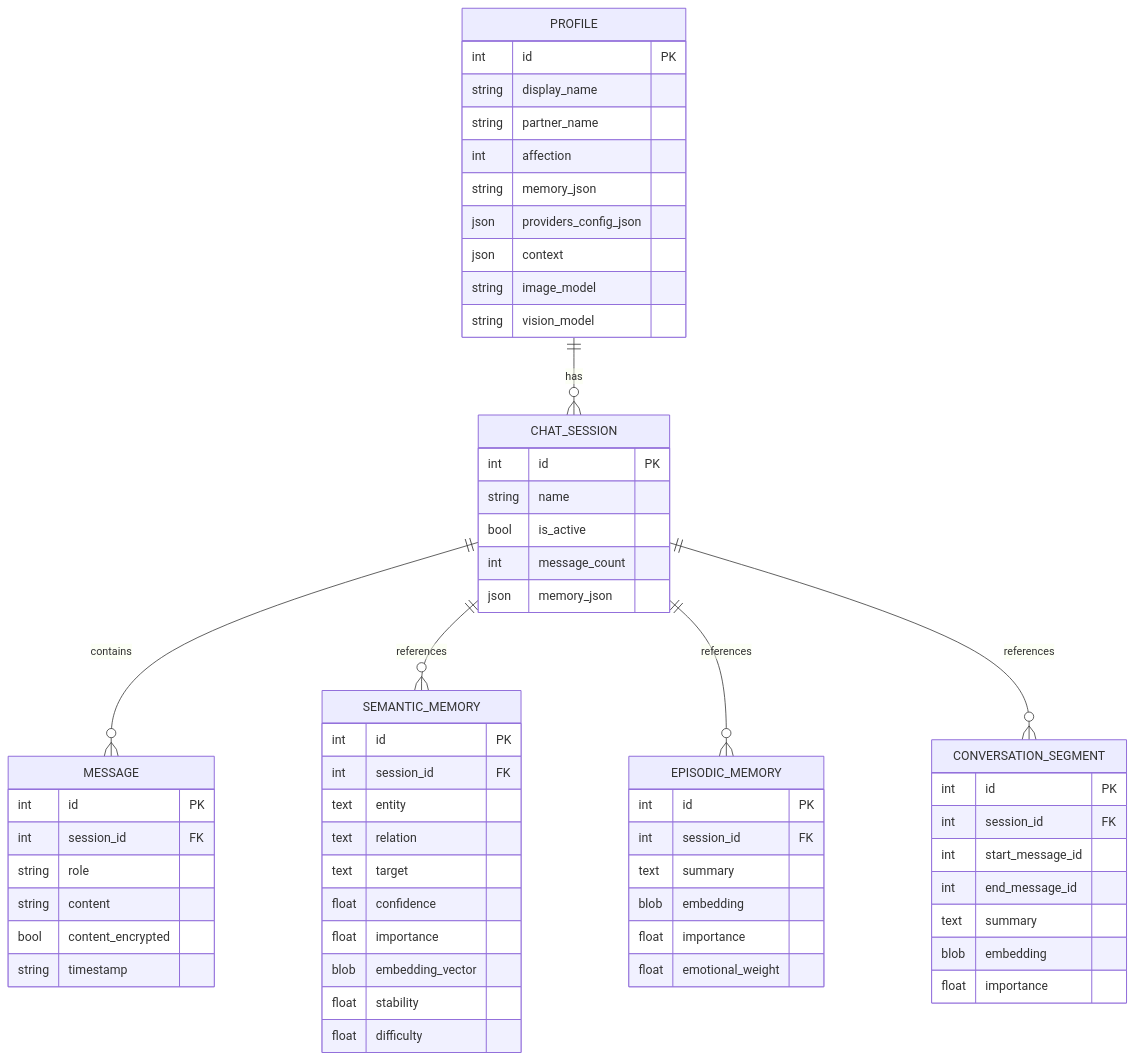
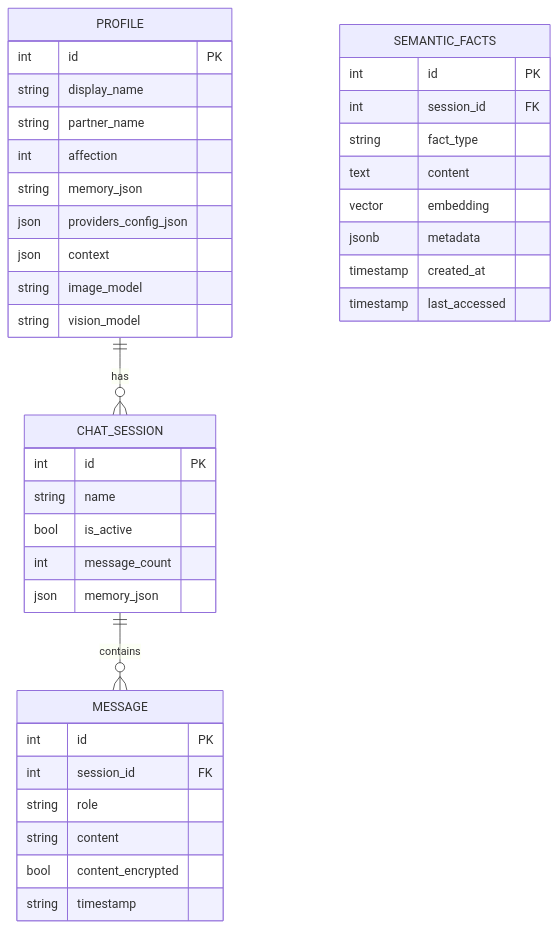
The fourth of 9 diagrams in app/README.md (icedeyes12/yuzu-core), drawn with Mermaid before and after one commit. The commit also changed other lines of this file and 24 other files, not shown here.

````diff
--- a/app/README.md
+++ b/app/README.md
@@ -161,69 +161,45 @@
 ```mermaid
 erDiagram
     PROFILE ||--o{ CHAT_SESSION : has
     CHAT_SESSION ||--o{ MESSAGE : contains
-    CHAT_SESSION ||--o{ SEMANTIC_MEMORY : references
-    CHAT_SESSION ||--o{ EPISODIC_MEMORY : references
-    CHAT_SESSION ||--o{ CONVERSATION_SEGMENT : references
     
     PROFILE {
         int id PK
         string display_name
         string partner_name
         int affection
         string memory_json
         json providers_config_json
         json context
         string image_model
         string vision_model
     }
     
     CHAT_SESSION {
         int id PK
         string name
         bool is_active
         int message_count
         json memory_json
     }
     
     MESSAGE {
         int id PK
         int session_id FK
         string role
         string content
         bool content_encrypted
         string timestamp
     }
     
-    SEMANTIC_MEMORY {
+    SEMANTIC_FACTS {
         int id PK
         int session_id FK
-        text entity
-        text relation
-        text target
-        float confidence
-        float importance
-        blob embedding_vector
-        float stability
-        float difficulty
-    }
-    
-    EPISODIC_MEMORY {
-        int id PK
-        int session_id FK
-        text summary
-        blob embedding
-        float importance
-        float emotional_weight
-    }
-    
-    CONVERSATION_SEGMENT {
-        int id PK
-        int session_id FK
-        int start_message_id
-        int end_message_id
-        text summary
-        blob embedding
-        float importance
+        string fact_type
+        text content
+        vector embedding
+        jsonb metadata
+        timestamp created_at
+        timestamp last_accessed
     }
 ```
````
